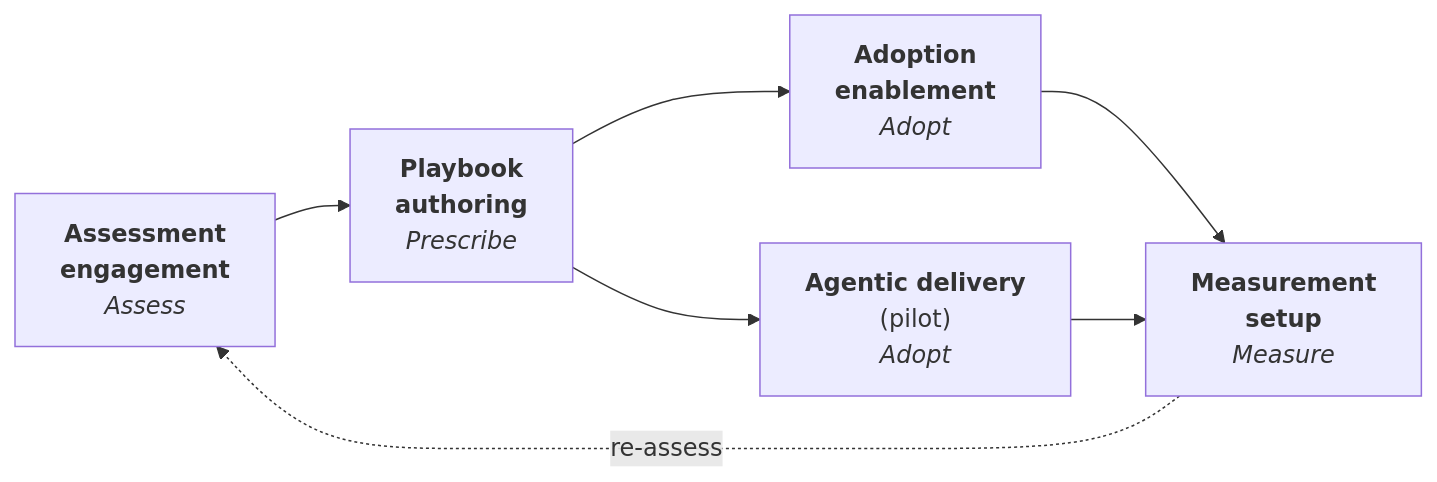
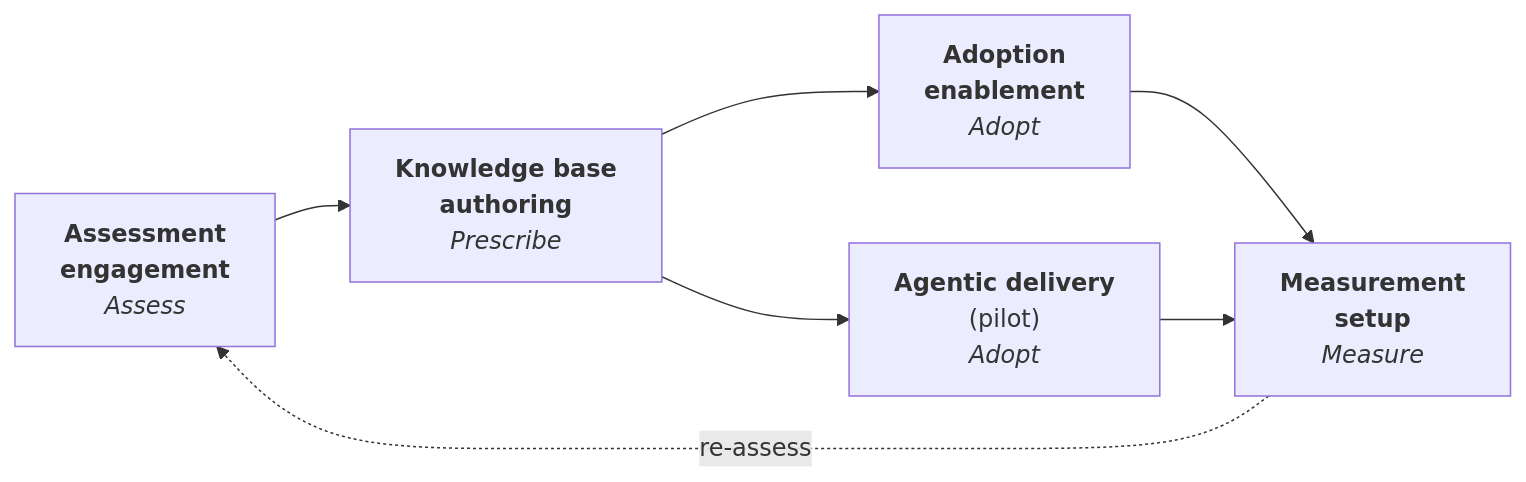
The diagram in docs/src/services/README.md (como-technologies/portfolio), drawn with Mermaid before and after one commit. The commit also changed other lines of this file and 17 other files, not shown here.

First line of the commit message:
docs: align the book to the knowledge base — the KB is the substrate, stated honestly

````diff
--- a/docs/src/services/README.md
+++ b/docs/src/services/README.md
@@ -16,9 +21,9 @@
 ```mermaid
 flowchart LR
-    A["<b>Assessment<br/>engagement</b><br/><i>Assess</i>"] --> P["<b>Playbook<br/>authoring</b><br/><i>Prescribe</i>"]
+    A["<b>Assessment<br/>engagement</b><br/><i>Assess</i>"] --> P["<b>Knowledge base<br/>authoring</b><br/><i>Prescribe</i>"]
     P --> E["<b>Adoption<br/>enablement</b><br/><i>Adopt</i>"]
     P --> G["<b>Agentic delivery</b><br/>(pilot)<br/><i>Adopt</i>"]
     E --> M["<b>Measurement<br/>setup</b><br/><i>Measure</i>"]
     G --> M
     M -.re-assess.-> A
 ```
````
